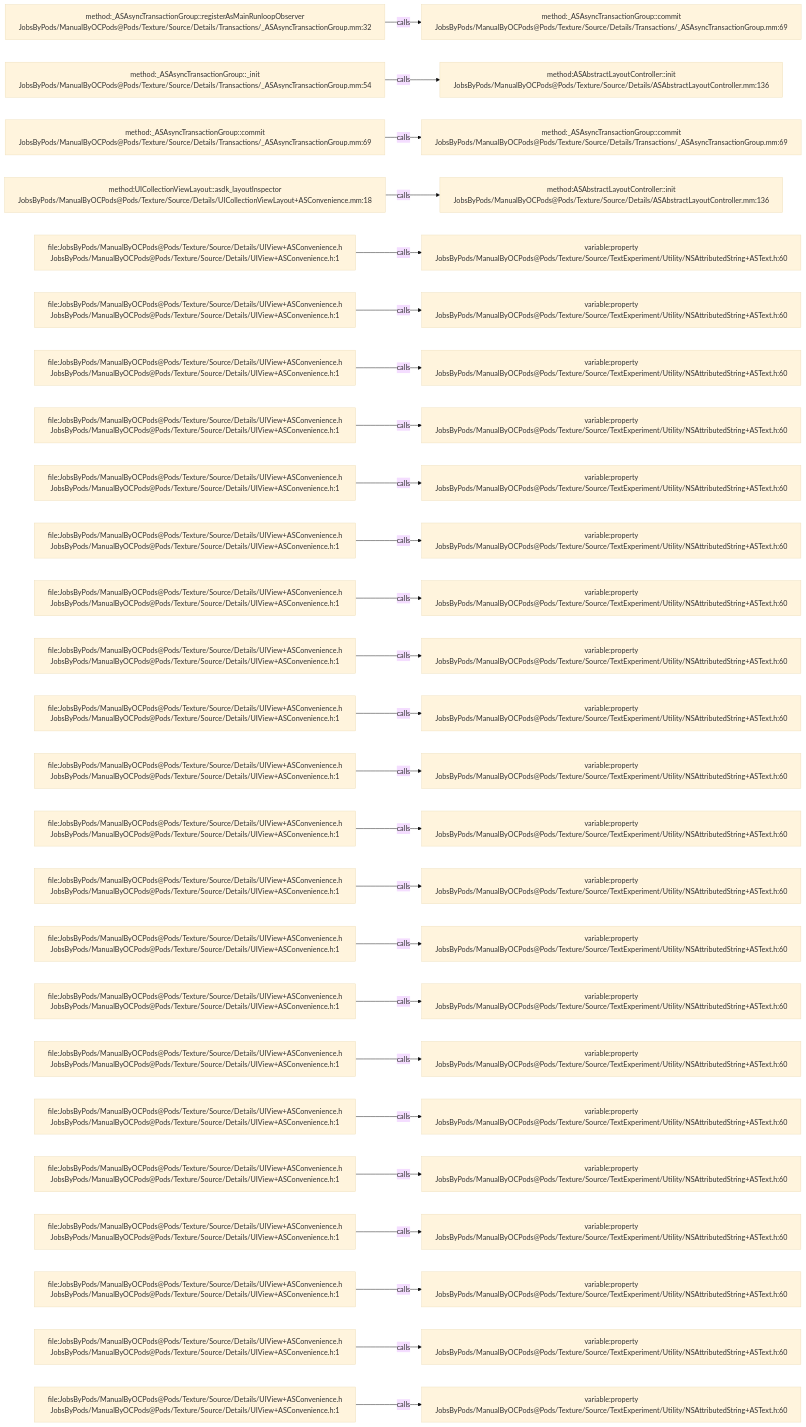
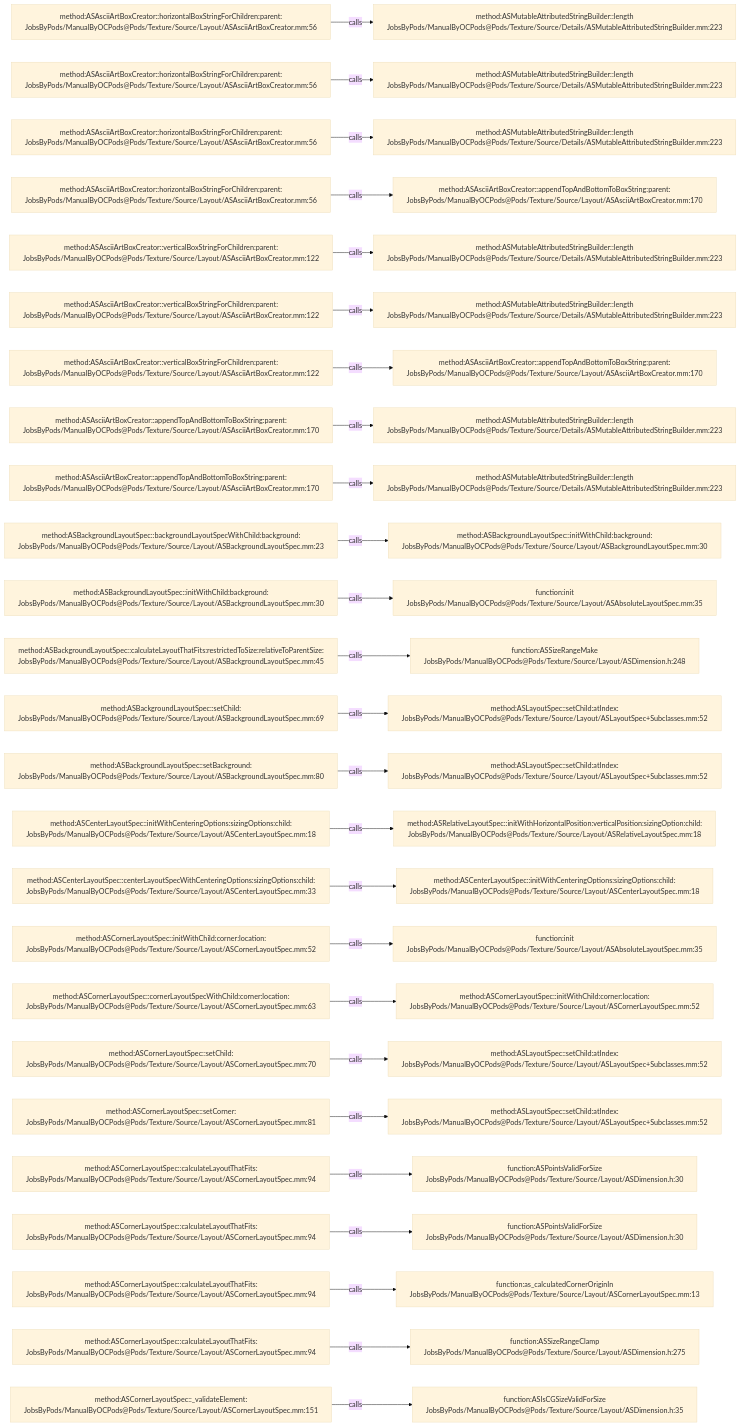
The diagram in .codegraph/codegraph.md/graphs/calls-167.md (JobsKits/JobsOCBaseConfigDemo), drawn with Mermaid (base theme) before and after one commit. The commit also changed 1448 other files, not shown here.

````diff
--- a/.codegraph/codegraph.md/graphs/calls-167.md
+++ b/.codegraph/codegraph.md/graphs/calls-167.md
@@ -13,78 +13,78 @@
 ```mermaid
 flowchart LR
-  S1["method:_ASAsyncTransactionGroup::registerAsMainRunloopObserver<br/>JobsByPods/ManualByOCPods@Pods/Texture/Source/Details/Transactions/_ASAsyncTransactionGroup.mm:32"]
-  T1["method:_ASAsyncTransactionGroup::commit<br/>JobsByPods/ManualByOCPods@Pods/Texture/Source/Details/Transactions/_ASAsyncTransactionGroup.mm:69"]
+  S1["method:ASAsciiArtBoxCreator::horizontalBoxStringForChildren:parent:<br/>JobsByPods/ManualByOCPods@Pods/Texture/Source/Layout/ASAsciiArtBoxCreator.mm:56"]
+  T1["method:ASMutableAttributedStringBuilder::length<br/>JobsByPods/ManualByOCPods@Pods/Texture/Source/Details/ASMutableAttributedStringBuilder.mm:223"]
   S1 -->|calls| T1
-  S2["method:_ASAsyncTransactionGroup::_init<br/>JobsByPods/ManualByOCPods@Pods/Texture/Source/Details/Transactions/_ASAsyncTransactionGroup.mm:54"]
-  T2["method:ASAbstractLayoutController::init<br/>JobsByPods/ManualByOCPods@Pods/Texture/Source/Details/ASAbstractLayoutController.mm:136"]
+  S2["method:ASAsciiArtBoxCreator::horizontalBoxStringForChildren:parent:<br/>JobsByPods/ManualByOCPods@Pods/Texture/Source/Layout/ASAsciiArtBoxCreator.mm:56"]
+  T2["method:ASMutableAttributedStringBuilder::length<br/>JobsByPods/ManualByOCPods@Pods/Texture/Source/Details/ASMutableAttributedStringBuilder.mm:223"]
   S2 -->|calls| T2
-  S3["method:_ASAsyncTransactionGroup::commit<br/>JobsByPods/ManualByOCPods@Pods/Texture/Source/Details/Transactions/_ASAsyncTransactionGroup.mm:69"]
-  T3["method:_ASAsyncTransactionGroup::commit<br/>JobsByPods/ManualByOCPods@Pods/Texture/Source/Details/Transactions/_ASAsyncTransactionGroup.mm:69"]
+  S3["method:ASAsciiArtBoxCreator::horizontalBoxStringForChildren:parent:<br/>JobsByPods/ManualByOCPods@Pods/Texture/Source/Layout/ASAsciiArtBoxCreator.mm:56"]
+  T3["method:ASMutableAttributedStringBuilder::length<br/>JobsByPods/ManualByOCPods@Pods/Texture/Source/Details/ASMutableAttributedStringBuilder.mm:223"]
   S3 -->|calls| T3
-  S4["method:UICollectionViewLayout::asdk_layoutInspector<br/>JobsByPods/ManualByOCPods@Pods/Texture/Source/Details/UICollectionViewLayout+ASConvenience.mm:18"]
-  T4["method:ASAbstractLayoutController::init<br/>JobsByPods/ManualByOCPods@Pods/Texture/Source/Details/ASAbstractLayoutController.mm:136"]
+  S4["method:ASAsciiArtBoxCreator::horizontalBoxStringForChildren:parent:<br/>JobsByPods/ManualByOCPods@Pods/Texture/Source/Layout/ASAsciiArtBoxCreator.mm:56"]
+  T4["method:ASAsciiArtBoxCreator::appendTopAndBottomToBoxString:parent:<br/>JobsByPods/ManualByOCPods@Pods/Texture/Source/Layout/ASAsciiArtBoxCreator.mm:170"]
   S4 -->|calls| T4
-  S5["file:JobsByPods/ManualByOCPods@Pods/Texture/Source/Details/UIView+ASConvenience.h<br/>JobsByPods/ManualByOCPods@Pods/Texture/Source/Details/UIView+ASConvenience.h:1"]
-  T5["variable:property<br/>JobsByPods/ManualByOCPods@Pods/Texture/Source/TextExperiment/Utility/NSAttributedString+ASText.h:60"]
+  S5["method:ASAsciiArtBoxCreator::verticalBoxStringForChildren:parent:<br/>JobsByPods/ManualByOCPods@Pods/Texture/Source/Layout/ASAsciiArtBoxCreator.mm:122"]
+  T5["method:ASMutableAttributedStringBuilder::length<br/>JobsByPods/ManualByOCPods@Pods/Texture/Source/Details/ASMutableAttributedStringBuilder.mm:223"]
   S5 -->|calls| T5
-  S6["file:JobsByPods/ManualByOCPods@Pods/Texture/Source/Details/UIView+ASConvenience.h<br/>JobsByPods/ManualByOCPods@Pods/Texture/Source/Details/UIView+ASConvenience.h:1"]
-  T6["variable:property<br/>JobsByPods/ManualByOCPods@Pods/Texture/Source/TextExperiment/Utility/NSAttributedString+ASText.h:60"]
+  S6["method:ASAsciiArtBoxCreator::verticalBoxStringForChildren:parent:<br/>JobsByPods/ManualByOCPods@Pods/Texture/Source/Layout/ASAsciiArtBoxCreator.mm:122"]
+  T6["method:ASMutableAttributedStringBuilder::length<br/>JobsByPods/ManualByOCPods@Pods/Texture/Source/Details/ASMutableAttributedStringBuilder.mm:223"]
   S6 -->|calls| T6
-  S7["file:JobsByPods/ManualByOCPods@Pods/Texture/Source/Details/UIView+ASConvenience.h<br/>JobsByPods/ManualByOCPods@Pods/Texture/Source/Details/UIView+ASConvenience.h:1"]
-  T7["variable:property<br/>JobsByPods/ManualByOCPods@Pods/Texture/Source/TextExperiment/Utility/NSAttributedString+ASText.h:60"]
+  S7["method:ASAsciiArtBoxCreator::verticalBoxStringForChildren:parent:<br/>JobsByPods/ManualByOCPods@Pods/Texture/Source/Layout/ASAsciiArtBoxCreator.mm:122"]
+  T7["method:ASAsciiArtBoxCreator::appendTopAndBottomToBoxString:parent:<br/>JobsByPods/ManualByOCPods@Pods/Texture/Source/Layout/ASAsciiArtBoxCreator.mm:170"]
   S7 -->|calls| T7
-  S8["file:JobsByPods/ManualByOCPods@Pods/Texture/Source/Details/UIView+ASConvenience.h<br/>JobsByPods/ManualByOCPods@Pods/Texture/Source/Details/UIView+ASConvenience.h:1"]
-  T8["variable:property<br/>JobsByPods/ManualByOCPods@Pods/Texture/Source/TextExperiment/Utility/NSAttributedString+ASText.h:60"]
+  S8["method:ASAsciiArtBoxCreator::appendTopAndBottomToBoxString:parent:<br/>JobsByPods/ManualByOCPods@Pods/Texture/Source/Layout/ASAsciiArtBoxCreator.mm:170"]
+  T8["method:ASMutableAttributedStringBuilder::length<br/>JobsByPods/ManualByOCPods@Pods/Texture/Source/Details/ASMutableAttributedStringBuilder.mm:223"]
   S8 -->|calls| T8
-  S9["file:JobsByPods/ManualByOCPods@Pods/Texture/Source/Details/UIView+ASConvenience.h<br/>JobsByPods/ManualByOCPods@Pods/Texture/Source/Details/UIView+ASConvenience.h:1"]
-  T9["variable:property<br/>JobsByPods/ManualByOCPods@Pods/Texture/Source/TextExperiment/Utility/NSAttributedString+ASText.h:60"]
+  S9["method:ASAsciiArtBoxCreator::appendTopAndBottomToBoxString:parent:<br/>JobsByPods/ManualByOCPods@Pods/Texture/Source/Layout/ASAsciiArtBoxCreator.mm:170"]
+  T9["method:ASMutableAttributedStringBuilder::length<br/>JobsByPods/ManualByOCPods@Pods/Texture/Source/Details/ASMutableAttributedStringBuilder.mm:223"]
   S9 -->|calls| T9
-  S10["file:JobsByPods/ManualByOCPods@Pods/Texture/Source/Details/UIView+ASConvenience.h<br/>JobsByPods/ManualByOCPods@Pods/Texture/Source/Details/UIView+ASConvenience.h:1"]
-  T10["variable:property<br/>JobsByPods/ManualByOCPods@Pods/Texture/Source/TextExperiment/Utility/NSAttributedString+ASText.h:60"]
+  S10["method:ASBackgroundLayoutSpec::backgroundLayoutSpecWithChild:background:<br/>JobsByPods/ManualByOCPods@Pods/Texture/Source/Layout/ASBackgroundLayoutSpec.mm:23"]
+  T10["method:ASBackgroundLayoutSpec::initWithChild:background:<br/>JobsByPods/ManualByOCPods@Pods/Texture/Source/Layout/ASBackgroundLayoutSpec.mm:30"]
   S10 -->|calls| T10
-  S11["file:JobsByPods/ManualByOCPods@Pods/Texture/Source/Details/UIView+ASConvenience.h<br/>JobsByPods/ManualByOCPods@Pods/Texture/Source/Details/UIView+ASConvenience.h:1"]
-  T11["variable:property<br/>JobsByPods/ManualByOCPods@Pods/Texture/Source/TextExperiment/Utility/NSAttributedString+ASText.h:60"]
+  S11["method:ASBackgroundLayoutSpec::initWithChild:background:<br/>JobsByPods/ManualByOCPods@Pods/Texture/Source/Layout/ASBackgroundLayoutSpec.mm:30"]
+  T11["function:init<br/>JobsByPods/ManualByOCPods@Pods/Texture/Source/Layout/ASAbsoluteLayoutSpec.mm:35"]
   S11 -->|calls| T11
-  S12["file:JobsByPods/ManualByOCPods@Pods/Texture/Source/Details/UIView+ASConvenience.h<br/>JobsByPods/ManualByOCPods@Pods/Texture/Source/Details/UIView+ASConvenience.h:1"]
-  T12["variable:property<br/>JobsByPods/ManualByOCPods@Pods/Texture/Source/TextExperiment/Utility/NSAttributedString+ASText.h:60"]
+  S12["method:ASBackgroundLayoutSpec::calculateLayoutThatFits:restrictedToSize:relativeToParentSize:<br/>JobsByPods/ManualByOCPods@Pods/Texture/Source/Layout/ASBackgroundLayoutSpec.mm:45"]
+  T12["function:ASSizeRangeMake<br/>JobsByPods/ManualByOCPods@Pods/Texture/Source/Layout/ASDimension.h:248"]
   S12 -->|calls| T12
-  S13["file:JobsByPods/ManualByOCPods@Pods/Texture/Source/Details/UIView+ASConvenience.h<br/>JobsByPods/ManualByOCPods@Pods/Texture/Source/Details/UIView+ASConvenience.h:1"]
-  T13["variable:property<br/>JobsByPods/ManualByOCPods@Pods/Texture/Source/TextExperiment/Utility/NSAttributedString+ASText.h:60"]
+  S13["method:ASBackgroundLayoutSpec::setChild:<br/>JobsByPods/ManualByOCPods@Pods/Texture/Source/Layout/ASBackgroundLayoutSpec.mm:69"]
+  T13["method:ASLayoutSpec::setChild:atIndex:<br/>JobsByPods/ManualByOCPods@Pods/Texture/Source/Layout/ASLayoutSpec+Subclasses.mm:52"]
   S13 -->|calls| T13
-  S14["file:JobsByPods/ManualByOCPods@Pods/Texture/Source/Details/UIView+ASConvenience.h<br/>JobsByPods/ManualByOCPods@Pods/Texture/Source/Details/UIView+ASConvenience.h:1"]
-  T14["variable:property<br/>JobsByPods/ManualByOCPods@Pods/Texture/Source/TextExperiment/Utility/NSAttributedString+ASText.h:60"]
+  S14["method:ASBackgroundLayoutSpec::setBackground:<br/>JobsByPods/ManualByOCPods@Pods/Texture/Source/Layout/ASBackgroundLayoutSpec.mm:80"]
+  T14["method:ASLayoutSpec::setChild:atIndex:<br/>JobsByPods/ManualByOCPods@Pods/Texture/Source/Layout/ASLayoutSpec+Subclasses.mm:52"]
   S14 -->|calls| T14
-  S15["file:JobsByPods/ManualByOCPods@Pods/Texture/Source/Details/UIView+ASConvenience.h<br/>JobsByPods/ManualByOCPods@Pods/Texture/Source/Details/UIView+ASConvenience.h:1"]
-  T15["variable:property<br/>JobsByPods/ManualByOCPods@Pods/Texture/Source/TextExperiment/Utility/NSAttributedString+ASText.h:60"]
+  S15["method:ASCenterLayoutSpec::initWithCenteringOptions:sizingOptions:child:<br/>JobsByPods/ManualByOCPods@Pods/Texture/Source/Layout/ASCenterLayoutSpec.mm:18"]
+  T15["method:ASRelativeLayoutSpec::initWithHorizontalPosition:verticalPosition:sizingOption:child:<br/>JobsByPods/ManualByOCPods@Pods/Texture/Source/Layout/ASRelativeLayoutSpec.mm:18"]
   S15 -->|calls| T15
-  S16["file:JobsByPods/ManualByOCPods@Pods/Texture/Source/Details/UIView+ASConvenience.h<br/>JobsByPods/ManualByOCPods@Pods/Texture/Source/Details/UIView+ASConvenience.h:1"]
-  T16["variable:property<br/>JobsByPods/ManualByOCPods@Pods/Texture/Source/TextExperiment/Utility/NSAttributedString+ASText.h:60"]
+  S16["method:ASCenterLayoutSpec::centerLayoutSpecWithCenteringOptions:sizingOptions:child:<br/>JobsByPods/ManualByOCPods@Pods/Texture/Source/Layout/ASCenterLayoutSpec.mm:33"]
+  T16["method:ASCenterLayoutSpec::initWithCenteringOptions:sizingOptions:child:<br/>JobsByPods/ManualByOCPods@Pods/Texture/Source/Layout/ASCenterLayoutSpec.mm:18"]
   S16 -->|calls| T16
-  S17["file:JobsByPods/ManualByOCPods@Pods/Texture/Source/Details/UIView+ASConvenience.h<br/>JobsByPods/ManualByOCPods@Pods/Texture/Source/Details/UIView+ASConvenience.h:1"]
-  T17["variable:property<br/>JobsByPods/ManualByOCPods@Pods/Texture/Source/TextExperiment/Utility/NSAttributedString+ASText.h:60"]
+  S17["method:ASCornerLayoutSpec::initWithChild:corner:location:<br/>JobsByPods/ManualByOCPods@Pods/Texture/Source/Layout/ASCornerLayoutSpec.mm:52"]
+  T17["function:init<br/>JobsByPods/ManualByOCPods@Pods/Texture/Source/Layout/ASAbsoluteLayoutSpec.mm:35"]
   S17 -->|calls| T17
-  S18["file:JobsByPods/ManualByOCPods@Pods/Texture/Source/Details/UIView+ASConvenience.h<br/>JobsByPods/ManualByOCPods@Pods/Texture/Source/Details/UIView+ASConvenience.h:1"]
-  T18["variable:property<br/>JobsByPods/ManualByOCPods@Pods/Texture/Source/TextExperiment/Utility/NSAttributedString+ASText.h:60"]
+  S18["method:ASCornerLayoutSpec::cornerLayoutSpecWithChild:corner:location:<br/>JobsByPods/ManualByOCPods@Pods/Texture/Source/Layout/ASCornerLayoutSpec.mm:63"]
+  T18["method:ASCornerLayoutSpec::initWithChild:corner:location:<br/>JobsByPods/ManualByOCPods@Pods/Texture/Source/Layout/ASCornerLayoutSpec.mm:52"]
   S18 -->|calls| T18
-  S19["file:JobsByPods/ManualByOCPods@Pods/Texture/Source/Details/UIView+ASConvenience.h<br/>JobsByPods/ManualByOCPods@Pods/Texture/Source/Details/UIView+ASConvenience.h:1"]
-  T19["variable:property<br/>JobsByPods/ManualByOCPods@Pods/Texture/Source/TextExperiment/Utility/NSAttributedString+ASText.h:60"]
+  S19["method:ASCornerLayoutSpec::setChild:<br/>JobsByPods/ManualByOCPods@Pods/Texture/Source/Layout/ASCornerLayoutSpec.mm:70"]
+  T19["method:ASLayoutSpec::setChild:atIndex:<br/>JobsByPods/ManualByOCPods@Pods/Texture/Source/Layout/ASLayoutSpec+Subclasses.mm:52"]
   S19 -->|calls| T19
-  S20["file:JobsByPods/ManualByOCPods@Pods/Texture/Source/Details/UIView+ASConvenience.h<br/>JobsByPods/ManualByOCPods@Pods/Texture/Source/Details/UIView+ASConvenience.h:1"]
-  T20["variable:property<br/>JobsByPods/ManualByOCPods@Pods/Texture/Source/TextExperiment/Utility/NSAttributedString+ASText.h:60"]
+  S20["method:ASCornerLayoutSpec::setCorner:<br/>JobsByPods/ManualByOCPods@Pods/Texture/Source/Layout/ASCornerLayoutSpec.mm:81"]
+  T20["method:ASLayoutSpec::setChild:atIndex:<br/>JobsByPods/ManualByOCPods@Pods/Texture/Source/Layout/ASLayoutSpec+Subclasses.mm:52"]
   S20 -->|calls| T20
-  S21["file:JobsByPods/ManualByOCPods@Pods/Texture/Source/Details/UIView+ASConvenience.h<br/>JobsByPods/ManualByOCPods@Pods/Texture/Source/Details/UIView+ASConvenience.h:1"]
-  T21["variable:property<br/>JobsByPods/ManualByOCPods@Pods/Texture/Source/TextExperiment/Utility/NSAttributedString+ASText.h:60"]
+  S21["method:ASCornerLayoutSpec::calculateLayoutThatFits:<br/>JobsByPods/ManualByOCPods@Pods/Texture/Source/Layout/ASCornerLayoutSpec.mm:94"]
+  T21["function:ASPointsValidForSize<br/>JobsByPods/ManualByOCPods@Pods/Texture/Source/Layout/ASDimension.h:30"]
   S21 -->|calls| T21
-  S22["file:JobsByPods/ManualByOCPods@Pods/Texture/Source/Details/UIView+ASConvenience.h<br/>JobsByPods/ManualByOCPods@Pods/Texture/Source/Details/UIView+ASConvenience.h:1"]
-  T22["variable:property<br/>JobsByPods/ManualByOCPods@Pods/Texture/Source/TextExperiment/Utility/NSAttributedString+ASText.h:60"]
+  S22["method:ASCornerLayoutSpec::calculateLayoutThatFits:<br/>JobsByPods/ManualByOCPods@Pods/Texture/Source/Layout/ASCornerLayoutSpec.mm:94"]
+  T22["function:ASPointsValidForSize<br/>JobsByPods/ManualByOCPods@Pods/Texture/Source/Layout/ASDimension.h:30"]
   S22 -->|calls| T22
-  S23["file:JobsByPods/ManualByOCPods@Pods/Texture/Source/Details/UIView+ASConvenience.h<br/>JobsByPods/ManualByOCPods@Pods/Texture/Source/Details/UIView+ASConvenience.h:1"]
-  T23["variable:property<br/>JobsByPods/ManualByOCPods@Pods/Texture/Source/TextExperiment/Utility/NSAttributedString+ASText.h:60"]
+  S23["method:ASCornerLayoutSpec::calculateLayoutThatFits:<br/>JobsByPods/ManualByOCPods@Pods/Texture/Source/Layout/ASCornerLayoutSpec.mm:94"]
+  T23["function:as_calculatedCornerOriginIn<br/>JobsByPods/ManualByOCPods@Pods/Texture/Source/Layout/ASCornerLayoutSpec.mm:13"]
   S23 -->|calls| T23
-  S24["file:JobsByPods/ManualByOCPods@Pods/Texture/Source/Details/UIView+ASConvenience.h<br/>JobsByPods/ManualByOCPods@Pods/Texture/Source/Details/UIView+ASConvenience.h:1"]
-  T24["variable:property<br/>JobsByPods/ManualByOCPods@Pods/Texture/Source/TextExperiment/Utility/NSAttributedString+ASText.h:60"]
+  S24["method:ASCornerLayoutSpec::calculateLayoutThatFits:<br/>JobsByPods/ManualByOCPods@Pods/Texture/Source/Layout/ASCornerLayoutSpec.mm:94"]
+  T24["function:ASSizeRangeClamp<br/>JobsByPods/ManualByOCPods@Pods/Texture/Source/Layout/ASDimension.h:275"]
   S24 -->|calls| T24
-  S25["file:JobsByPods/ManualByOCPods@Pods/Texture/Source/Details/UIView+ASConvenience.h<br/>JobsByPods/ManualByOCPods@Pods/Texture/Source/Details/UIView+ASConvenience.h:1"]
-  T25["variable:property<br/>JobsByPods/ManualByOCPods@Pods/Texture/Source/TextExperiment/Utility/NSAttributedString+ASText.h:60"]
+  S25["method:ASCornerLayoutSpec::_validateElement:<br/>JobsByPods/ManualByOCPods@Pods/Texture/Source/Layout/ASCornerLayoutSpec.mm:151"]
+  T25["function:ASIsCGSizeValidForSize<br/>JobsByPods/ManualByOCPods@Pods/Texture/Source/Layout/ASDimension.h:35"]
   S25 -->|calls| T25
 ```
````
